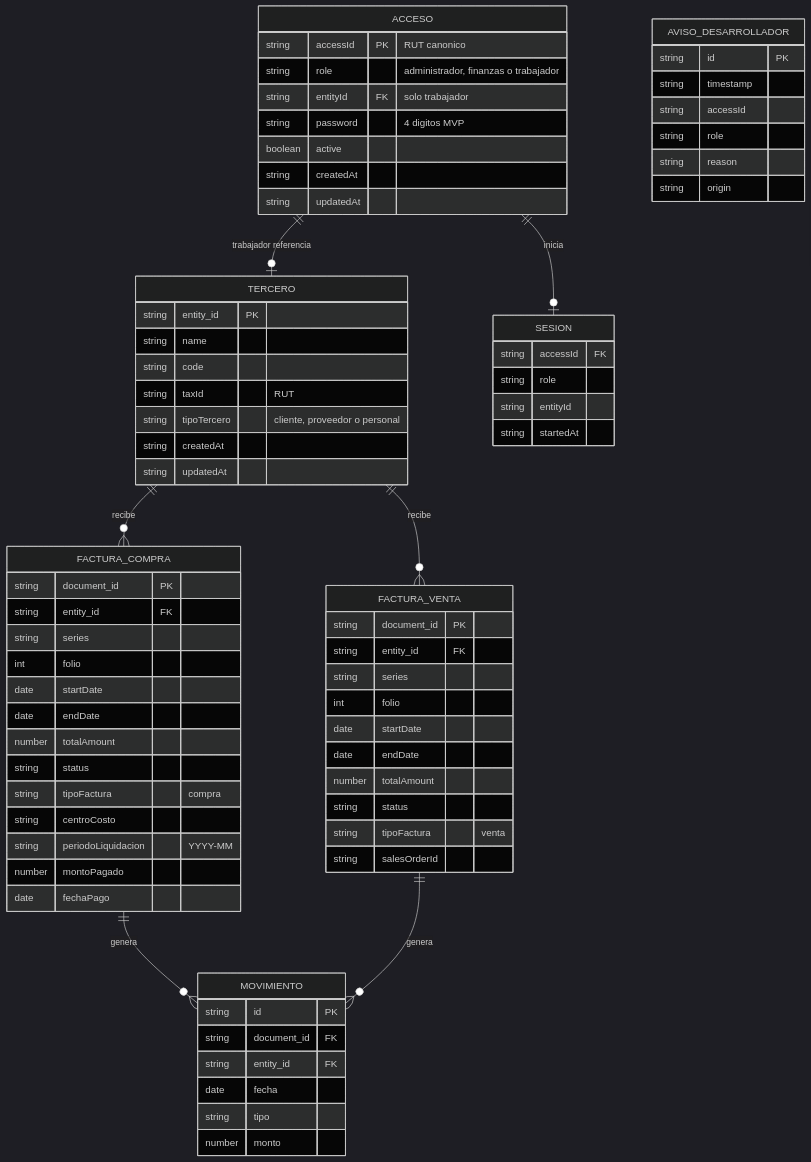
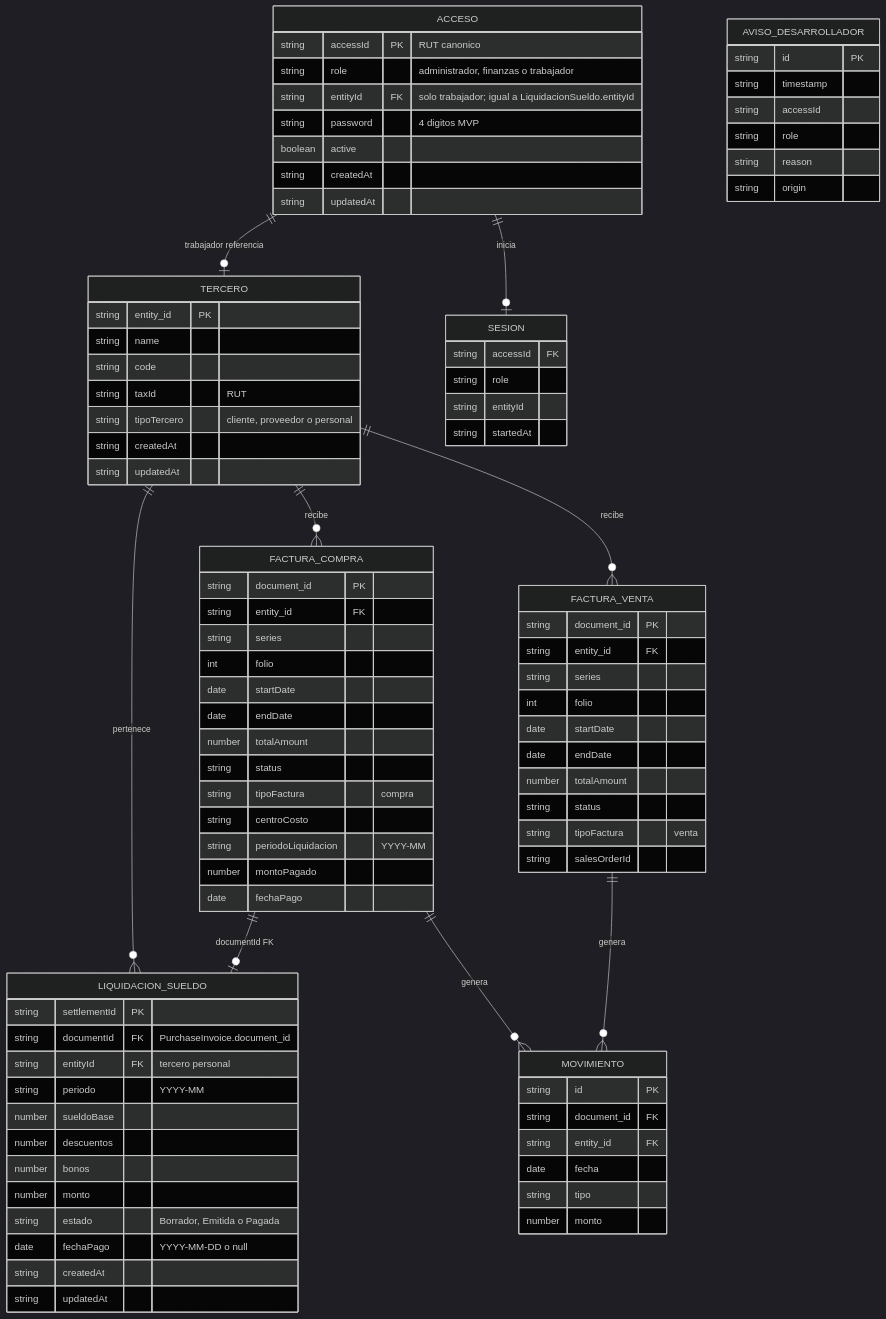
The diagram in specs/002-payroll-access-control/data-model.md (MDS-BI/Grupo-01), drawn with Mermaid (dark theme) before and after one commit. The commit also changed other lines of this file and 33 other files, not shown here.

```diff
--- a/specs/002-payroll-access-control/data-model.md
+++ b/specs/002-payroll-access-control/data-model.md
@@ -267,6 +320,8 @@
 erDiagram
     ACCESO ||--o| TERCERO : "trabajador referencia"
     TERCERO ||--o{ FACTURA_COMPRA : "recibe"
+    TERCERO ||--o{ LIQUIDACION_SUELDO : "pertenece"
+    FACTURA_COMPRA ||--o| LIQUIDACION_SUELDO : "documentId FK"
     TERCERO ||--o{ FACTURA_VENTA : "recibe"
     FACTURA_COMPRA ||--o{ MOVIMIENTO : "genera"
     FACTURA_VENTA ||--o{ MOVIMIENTO : "genera"
@@ -275,7 +330,7 @@
     ACCESO {
         string accessId PK "RUT canonico"
         string role "administrador, finanzas o trabajador"
-        string entityId FK "solo trabajador"
+        string entityId FK "solo trabajador; igual a LiquidacionSueldo.entityId"
         string password "4 digitos MVP"
         boolean active
         string createdAt
@@ -328,6 +383,21 @@
         date fechaPago
     }
 
+    LIQUIDACION_SUELDO {
+        string settlementId PK
+        string documentId FK "PurchaseInvoice.document_id"
+        string entityId FK "tercero personal"
+        string periodo "YYYY-MM"
+        number sueldoBase
+        number descuentos
+        number bonos
+        number monto
+        string estado "Borrador, Emitida o Pagada"
+        date fechaPago "YYYY-MM-DD o null"
+        string createdAt
+        string updatedAt
+    }
+
     MOVIMIENTO {
         string id PK
         string document_id FK
```
